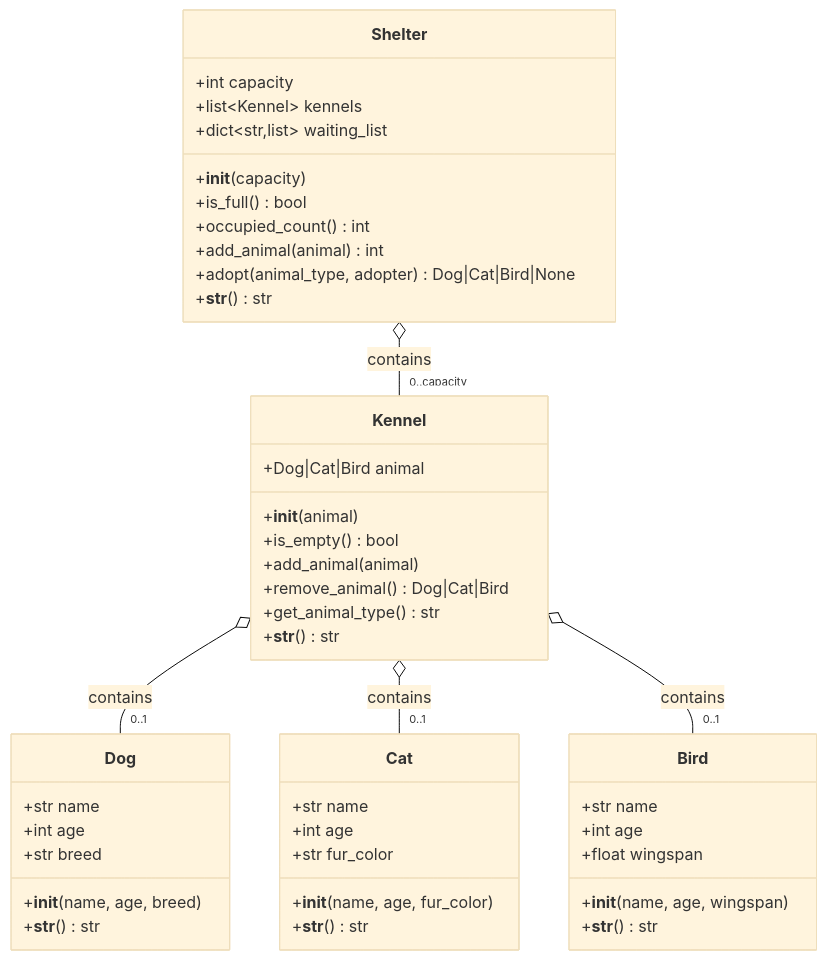
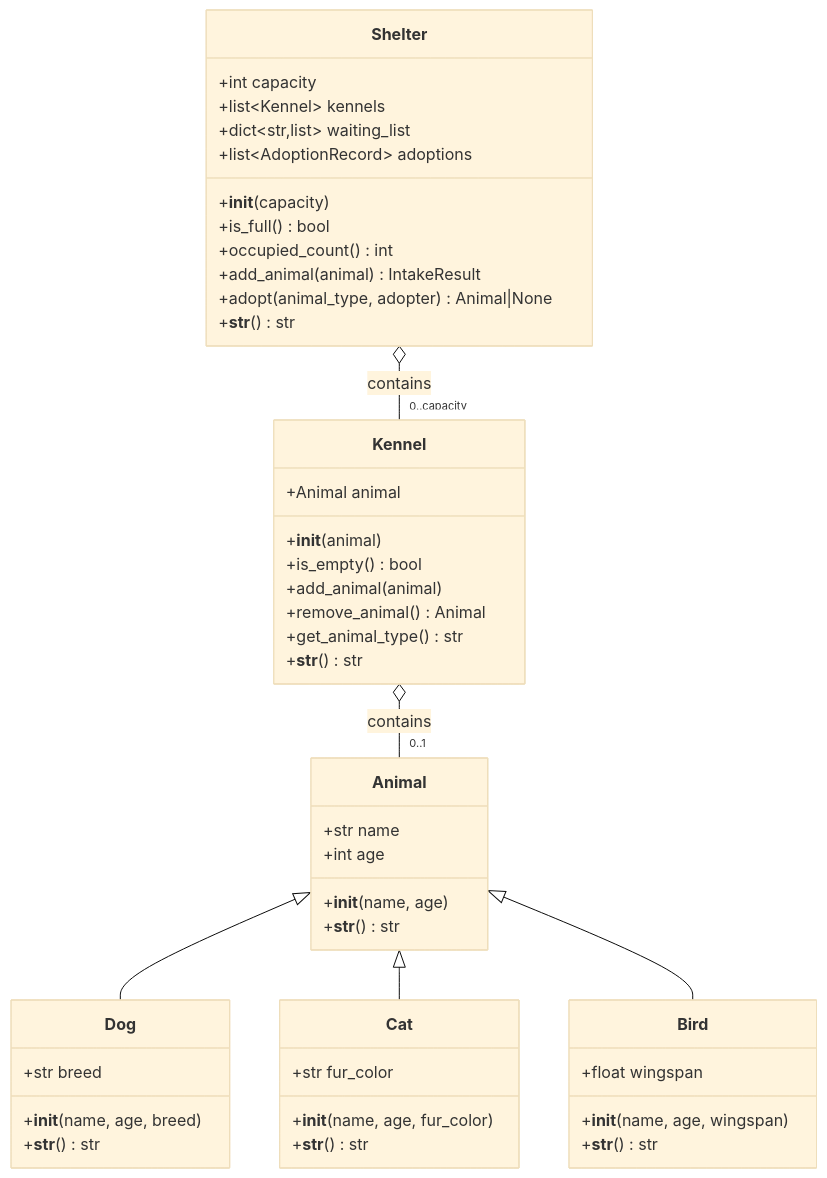
One commit to suprayoungblood/animal-shelter changed the diagram in uml/class_diagram.md. Above: the diagram before and after it, drawn with Mermaid (base theme). The commit also changed other lines of this file and 11 other files, not shown here.

First line of the commit message:
Introduce Animal base class; Dog, Cat, and Bird now inherit from it

````diff
--- a/uml/class_diagram.md
+++ b/uml/class_diagram.md
@@ -8,53 +11,56 @@
 ```mermaid
 classDiagram
-    class Dog {
+    class Animal {
         +str name
         +int age
+        +__init__(name, age)
+        +__str__() str
+    }
+
+    class Dog {
         +str breed
         +__init__(name, age, breed)
         +__str__() str
     }
 
     class Cat {
-        +str name
-        +int age
         +str fur_color
         +__init__(name, age, fur_color)
         +__str__() str
     }
 
     class Bird {
-        +str name
-        +int age
         +float wingspan
         +__init__(name, age, wingspan)
         +__str__() str
     }
 
     class Kennel {
-        +Dog|Cat|Bird animal
+        +Animal animal
         +__init__(animal)
         +is_empty() bool
         +add_animal(animal)
-        +remove_animal() Dog|Cat|Bird
+        +remove_animal() Animal
         +get_animal_type() str
         +__str__() str
     }
 
     class Shelter {
         +int capacity
         +list~Kennel~ kennels
         +dict~str,list~ waiting_list
+        +list~AdoptionRecord~ adoptions
         +__init__(capacity)
         +is_full() bool
         +occupied_count() int
-        +add_animal(animal) int
-        +adopt(animal_type, adopter) Dog|Cat|Bird|None
+        +add_animal(animal) IntakeResult
+        +adopt(animal_type, adopter) Animal|None
         +__str__() str
     }
 
+    Animal <|-- Dog
+    Animal <|-- Cat
+    Animal <|-- Bird
     Shelter o-- "0..capacity" Kennel : contains
-    Kennel o-- "0..1" Dog  : contains
-    Kennel o-- "0..1" Cat  : contains
-    Kennel o-- "0..1" Bird : contains
+    Kennel o-- "0..1" Animal : contains
 ```
````
